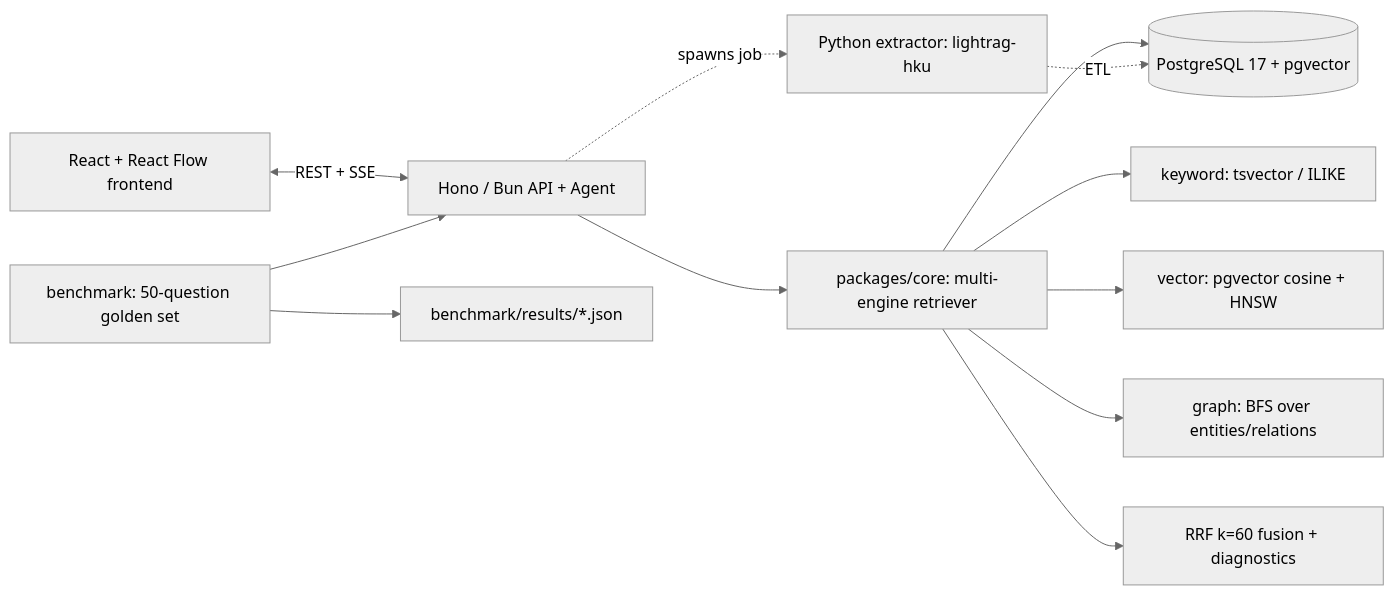
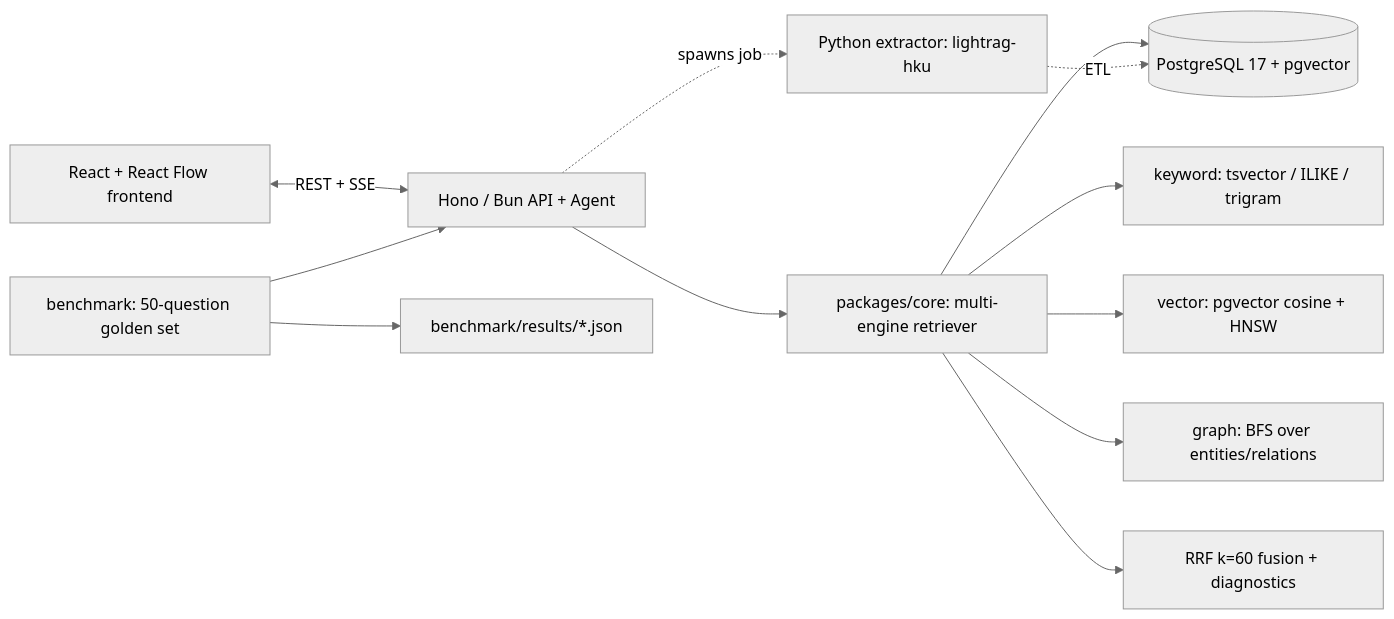
The diagram in README.md (zt5rice/graphatlas), drawn with Mermaid (neutral theme) before and after one commit. The commit also changed other lines of this file and 3 other files, not shown here.

Commit message:
ZHA-78: docs: full README (features, architecture, quick start, tech->code honesty map, measured results, demo slot), docs/API.md, docs/SOURCES.md provenance, MIT LICENSE

````diff
--- a/README.md
+++ b/README.md
@@ -14,14 +33,14 @@
 ```mermaid
 flowchart LR
   UI[React + React Flow frontend] <-->|REST + SSE| API[Hono / Bun API + Agent]
   API --> RET[packages/core: multi-engine retriever]
   RET --> PG[(PostgreSQL 17 + pgvector)]
-  RET --> KW[keyword: tsvector / ILIKE]
+  RET --> KW[keyword: tsvector / ILIKE / trigram]
   RET --> VEC[vector: pgvector cosine + HNSW]
   RET --> GRA[graph: BFS over entities/relations]
   RET --> RRF[RRF k=60 fusion + diagnostics]
   API -.spawns job.-> EXT[Python extractor: lightrag-hku]
   EXT -.ETL.-> PG
   BENCH[benchmark: 50-question golden set] --> API
   BENCH --> RES[benchmark/results/*.json]
 ```
````
